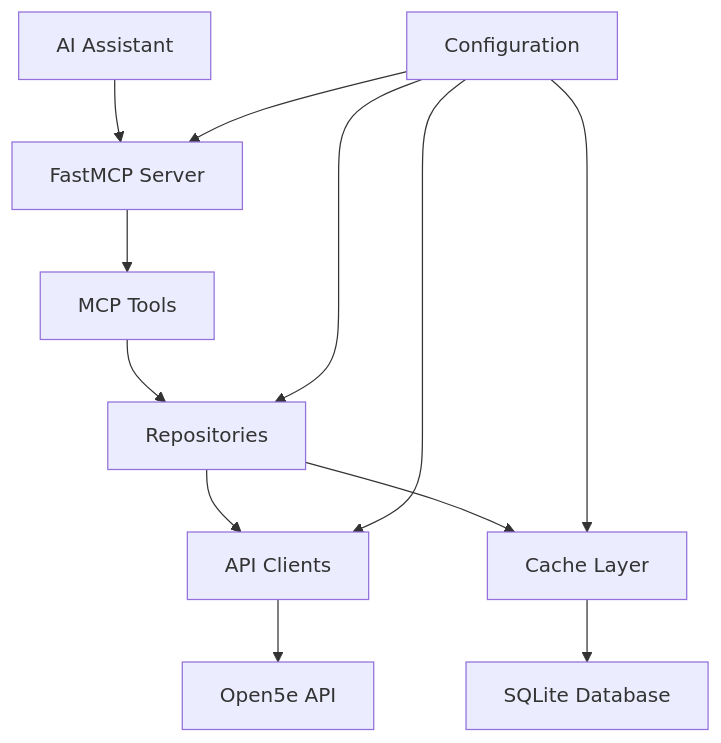
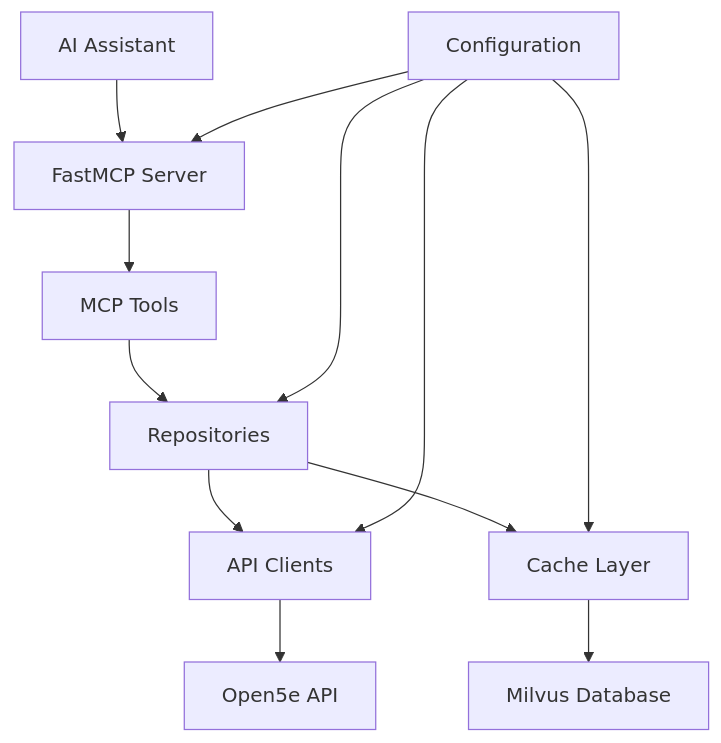
The diagram in docs/architecture.md (frap129/lorekeeper-mcp), drawn with Mermaid before and after one commit. The commit also changed other lines of this file and 5 other files, not shown here.

````diff
--- a/docs/architecture.md
+++ b/docs/architecture.md
@@ -132,14 +132,14 @@
 ```mermaid
 graph TD
     A[AI Assistant] --> B[FastMCP Server]
     B --> C[MCP Tools]
     C --> D[Repositories]
     D --> E[API Clients]
     D --> F[Cache Layer]
-    F --> G[SQLite Database]
+    F --> G[Milvus Database]
     E --> H[Open5e API]
     J[Configuration] --> B
     J --> D
     J --> F
     J --> E
 ```
````
